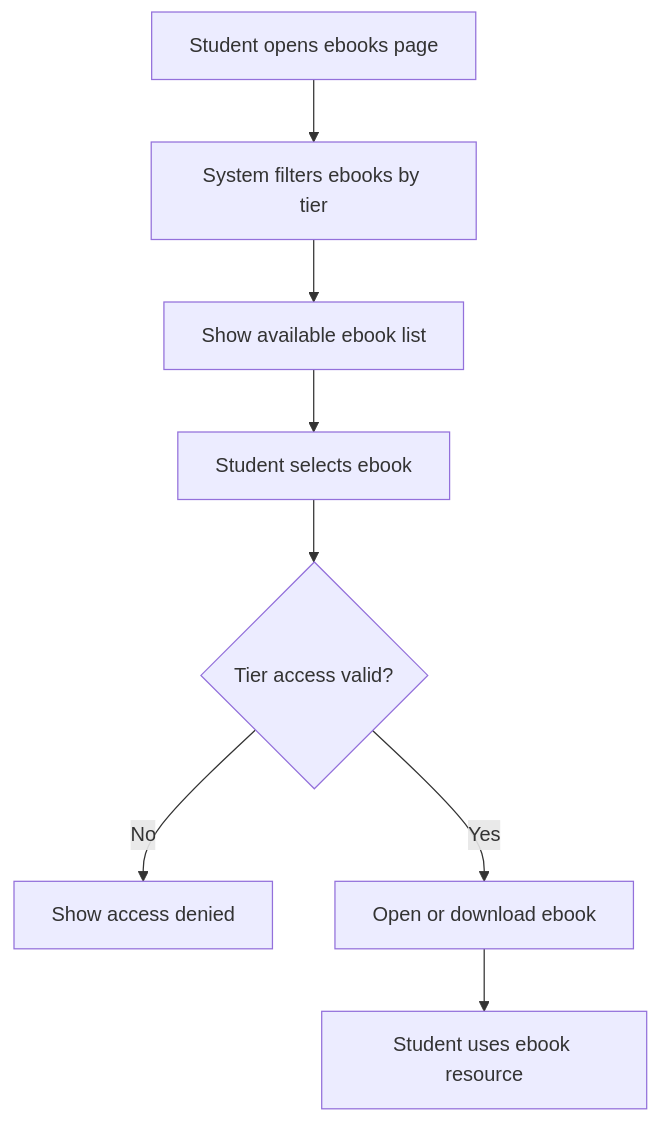
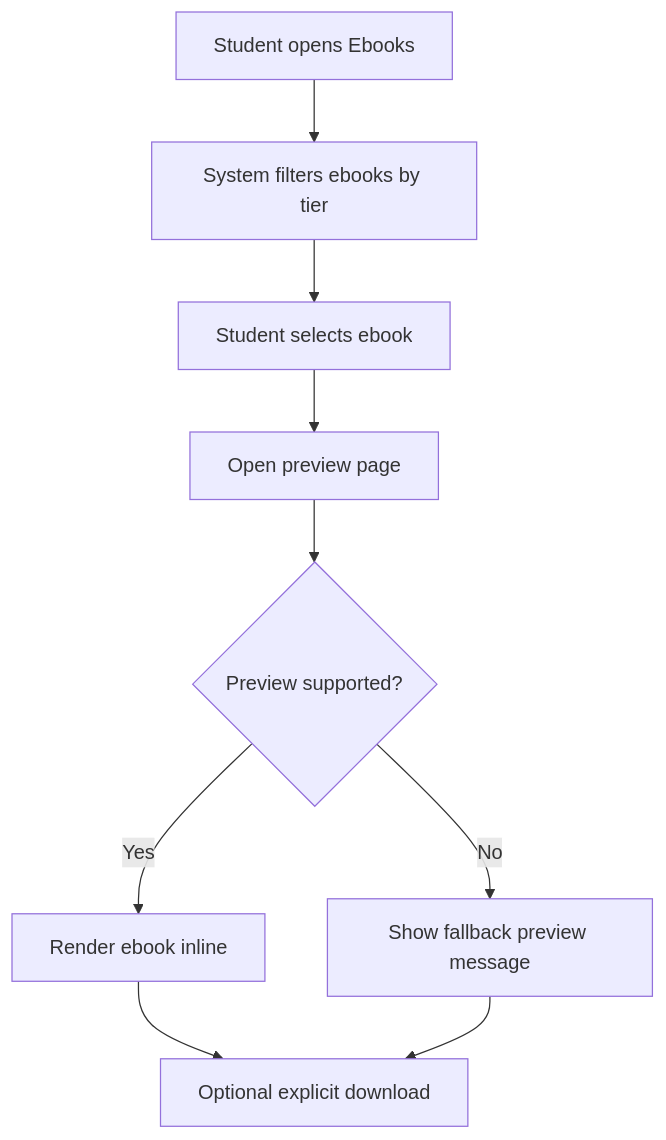
One commit to weslyambaritaa/YogaFX-Learning-Management-System-Web changed the diagram in docs/mermaid/ebook-access-flow.mmd. Above: the diagram before and after it, drawn with Mermaid. The commit also changed 44 other files, not shown here.

Commit message:
docs: refresh project documentation, flows, and diagrams as source of truth

```diff
--- a/docs/mermaid/ebook-access-flow.mmd
+++ b/docs/mermaid/ebook-access-flow.mmd
@@ -1,8 +1,9 @@
 flowchart TD
-    A[Student opens ebooks page] --> B[System filters ebooks by tier]
-    B --> C[Show available ebook list]
-    C --> D[Student selects ebook]
-    D --> E{Tier access valid?}
-    E -->|No| F[Show access denied]
-    E -->|Yes| G[Open or download ebook]
-    G --> H[Student uses ebook resource]
+    A[Student opens Ebooks] --> B[System filters ebooks by tier]
+    B --> C[Student selects ebook]
+    C --> D[Open preview page]
+    D --> E{Preview supported?}
+    E -->|Yes| F[Render ebook inline]
+    E -->|No| G[Show fallback preview message]
+    F --> H[Optional explicit download]
+    G --> H
```
